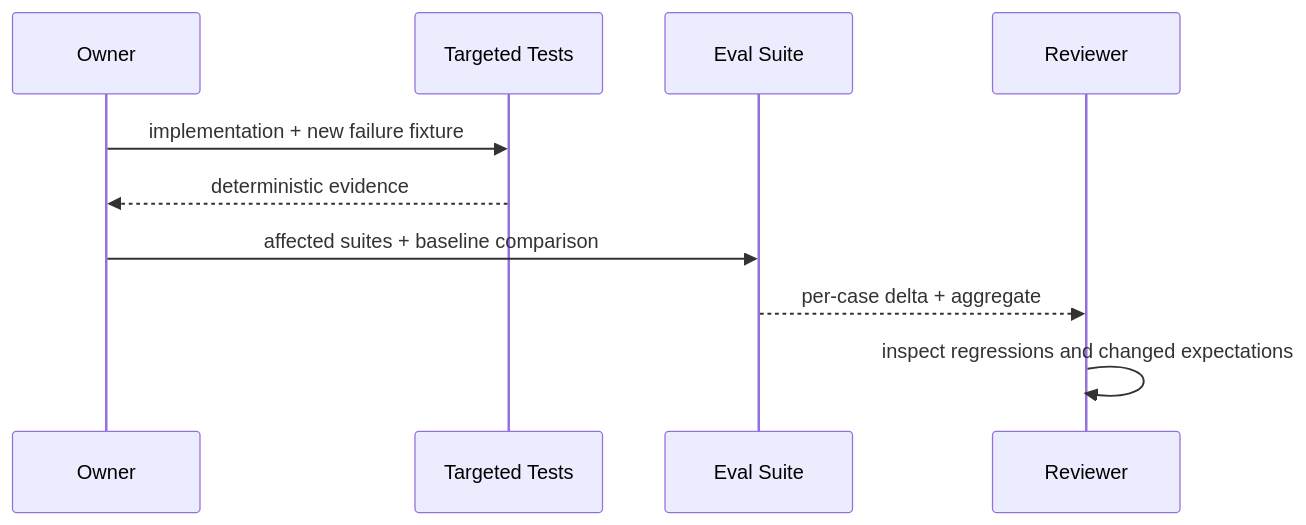
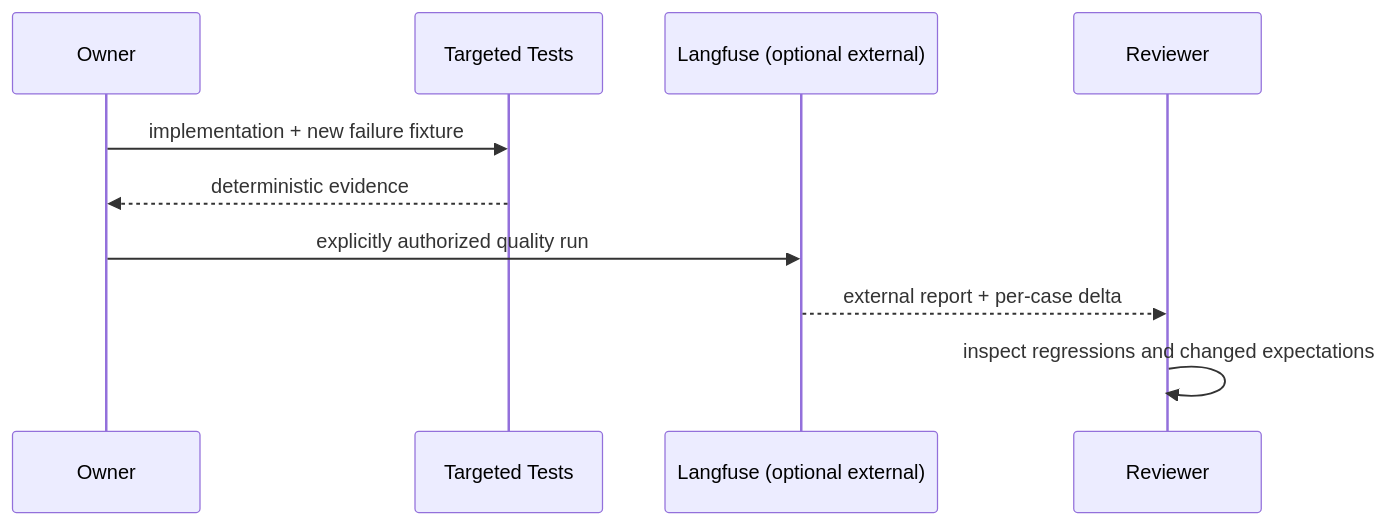
One commit to Cainheart/tracegraph-agent changed the second of 2 diagrams in docs/outlive-agent-v2/07-quality-benchmarks-snapshots-i18n/01-test-eval-strategy.md. Above: the diagram before and after it, drawn with Mermaid. The commit also changed other lines of this file and 46 other files, not shown here.

````diff
--- a/docs/outlive-agent-v2/07-quality-benchmarks-snapshots-i18n/01-test-eval-strategy.md
+++ b/docs/outlive-agent-v2/07-quality-benchmarks-snapshots-i18n/01-test-eval-strategy.md
@@ -71,12 +61,12 @@
 ```mermaid
 sequenceDiagram
   participant O as Owner
   participant T as Targeted Tests
-  participant E as Eval Suite
+  participant E as Langfuse (optional external)
   participant R as Reviewer
   O->>T: implementation + new failure fixture
   T-->>O: deterministic evidence
-  O->>E: affected suites + baseline comparison
-  E-->>R: per-case delta + aggregate
+  O->>E: explicitly authorized quality run
+  E-->>R: external report + per-case delta
   R->>R: inspect regressions and changed expectations
 ```
````
